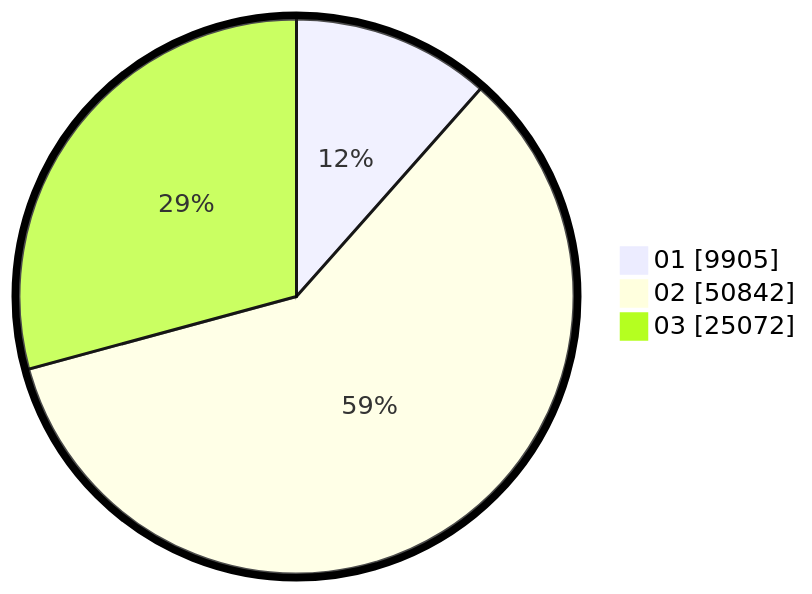
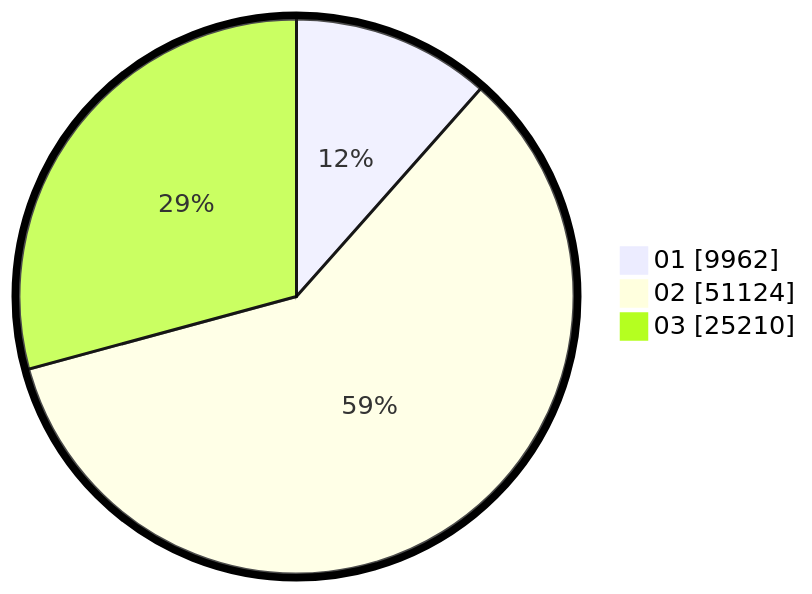
Before and after one commit to gigit-pemilu/pemilu-2024: the second of 2 diagrams in pilpres/hitung-suara/sub/table-wilayah-92.md, drawn with Mermaid. The commit also changed other lines of this file and 5 other files, not shown here.

````diff
--- a/pilpres/hitung-suara/sub/table-wilayah-92.md
+++ b/pilpres/hitung-suara/sub/table-wilayah-92.md
@@ -15,7 +15,7 @@
 ```mermaid
 %%{init: {"pie": {"textPosition": 0.5}, "themeVariables": {"pieOuterStrokeWidth": "5px"}} }%%
 pie showData
-    "01" : 9905
-    "02" : 50842
-    "03" : 25072
+    "01" : 9962
+    "02" : 51124
+    "03" : 25210
 ```
````
